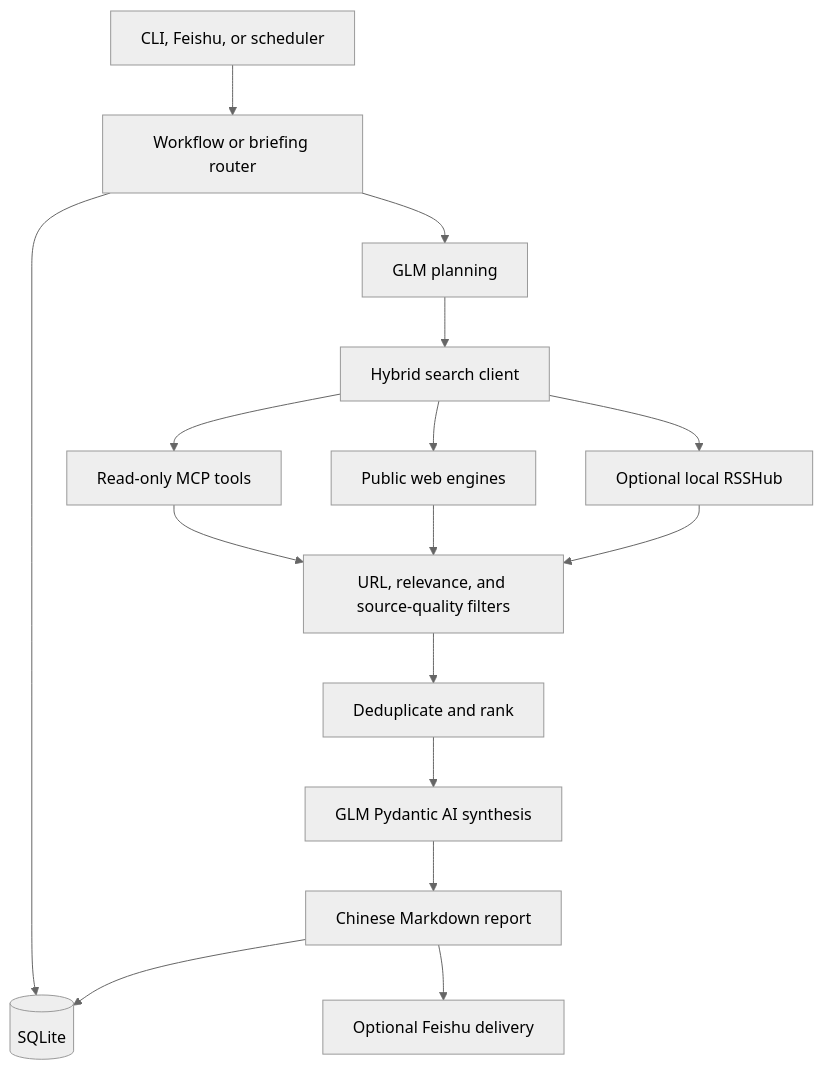
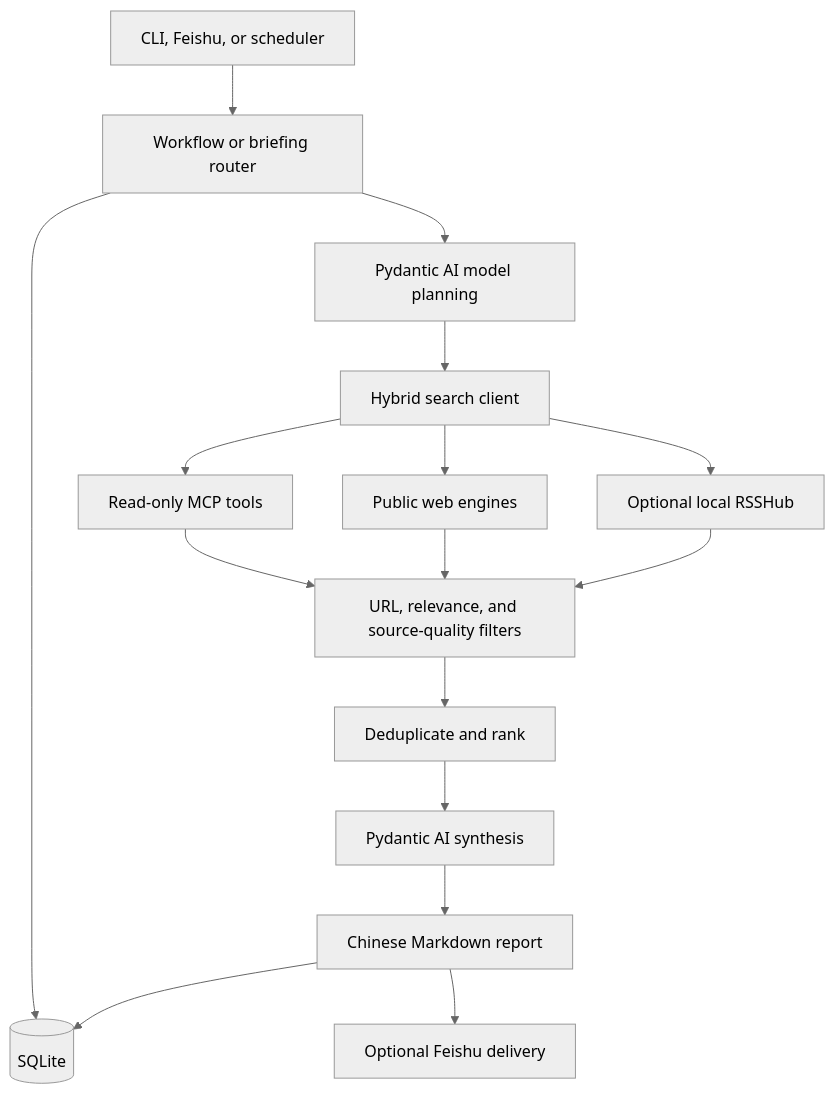
The diagram in docs/architecture.md (xiangkaiyi815-pixel/pydantic-ai-tech-intel-briefing), drawn with Mermaid (neutral theme) before and after one commit. The commit also changed other lines of this file and 35 other files, not shown here.

````diff
--- a/docs/architecture.md
+++ b/docs/architecture.md
@@ -13,18 +13,18 @@
 ```mermaid
 flowchart TD
     Input[CLI, Feishu, or scheduler] --> Router[Workflow or briefing router]
     Router --> Memory[(SQLite)]
-    Router --> Planner[GLM planning]
+    Router --> Planner[Pydantic AI model planning]
     Planner --> Search[Hybrid search client]
     Search --> MCP[Read-only MCP tools]
     Search --> Engines[Public web engines]
     Search --> RSS[Optional local RSSHub]
     MCP --> Filter[URL, relevance, and source-quality filters]
     Engines --> Filter
     RSS --> Filter
     Filter --> Rank[Deduplicate and rank]
-    Rank --> GLM[GLM Pydantic AI synthesis]
-    GLM --> Report[Chinese Markdown report]
+    Rank --> Model[Pydantic AI synthesis]
+    Model --> Report[Chinese Markdown report]
     Report --> Memory
     Report --> Delivery[Optional Feishu delivery]
 ```
````
